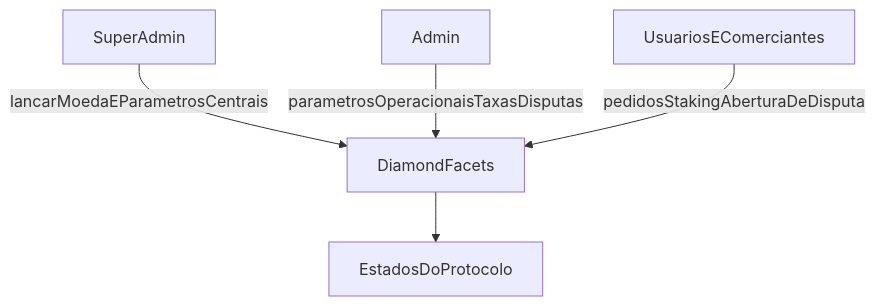
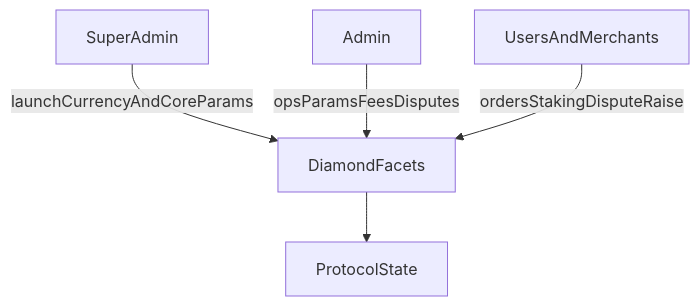
Before and after one commit to uditstocks/docs.p2pdotme: the diagram in translations/pt/for-builders/roles-and-permissions.md, drawn with Mermaid. The commit also changed other lines of this file and 263 other files, not shown here.

````diff
--- a/translations/pt/for-builders/roles-and-permissions.md
+++ b/translations/pt/for-builders/roles-and-permissions.md
@@ -16,13 +18,13 @@
 ```mermaid
 flowchart TD
     superAdmin[SuperAdmin]
     admin[Admin]
-    users[UsuariosEComerciantes]
+    users[UsersAndMerchants]
     facets[DiamondFacets]
-    state[EstadosDoProtocolo]
+    state[ProtocolState]
 
-    superAdmin -->|lancarMoedaEParametrosCentrais| facets
-    admin -->|parametrosOperacionaisTaxasDisputas| facets
-    users -->|pedidosStakingAberturaDeDisputa| facets
+    superAdmin -->|launchCurrencyAndCoreParams| facets
+    admin -->|opsParamsFeesDisputes| facets
+    users -->|ordersStakingDisputeRaise| facets
     facets --> state
 ```
````
